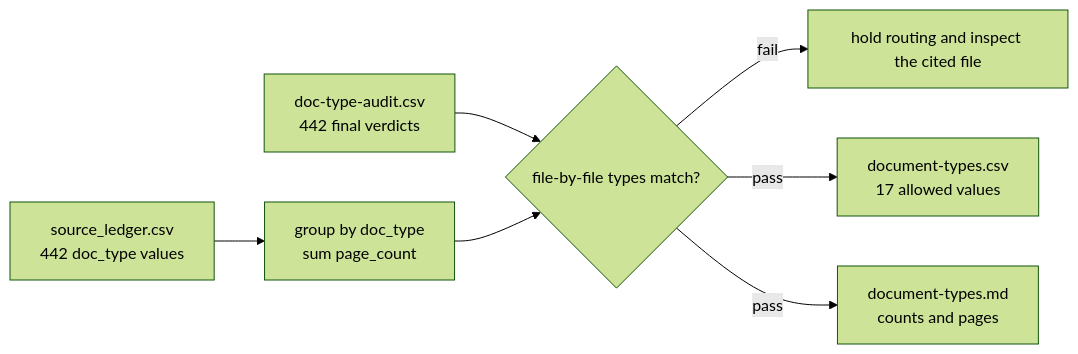
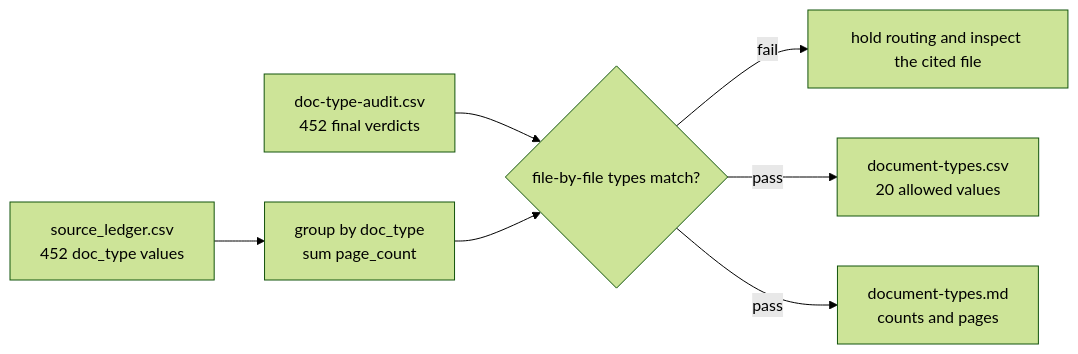
One commit to MosesRahnama/Alts-ETL-Analytics-Project changed the diagram in data-gathering/document-types.md. Above: the diagram before and after it, drawn with Mermaid (forest theme). The commit also changed other lines of this file and 988 other files, not shown here.

````diff
--- a/data-gathering/document-types.md
+++ b/data-gathering/document-types.md
@@ -5,9 +5,9 @@
 ```mermaid
 flowchart LR
-    L["source_ledger.csv<br/>442 doc_type values"] --> C["group by doc_type<br/>sum page_count"]
-    A["doc-type-audit.csv<br/>442 final verdicts"] --> M{"file-by-file types match?"}
+    L["source_ledger.csv<br/>452 doc_type values"] --> C["group by doc_type<br/>sum page_count"]
+    A["doc-type-audit.csv<br/>452 final verdicts"] --> M{"file-by-file types match?"}
     C --> M
     M -- "fail" --> H["hold routing and inspect the cited file"]
-    M -- "pass" --> CSV["document-types.csv<br/>17 allowed values"]
+    M -- "pass" --> CSV["document-types.csv<br/>20 allowed values"]
     M -- "pass" --> MD["document-types.md<br/>counts and pages"]
 ```
````
